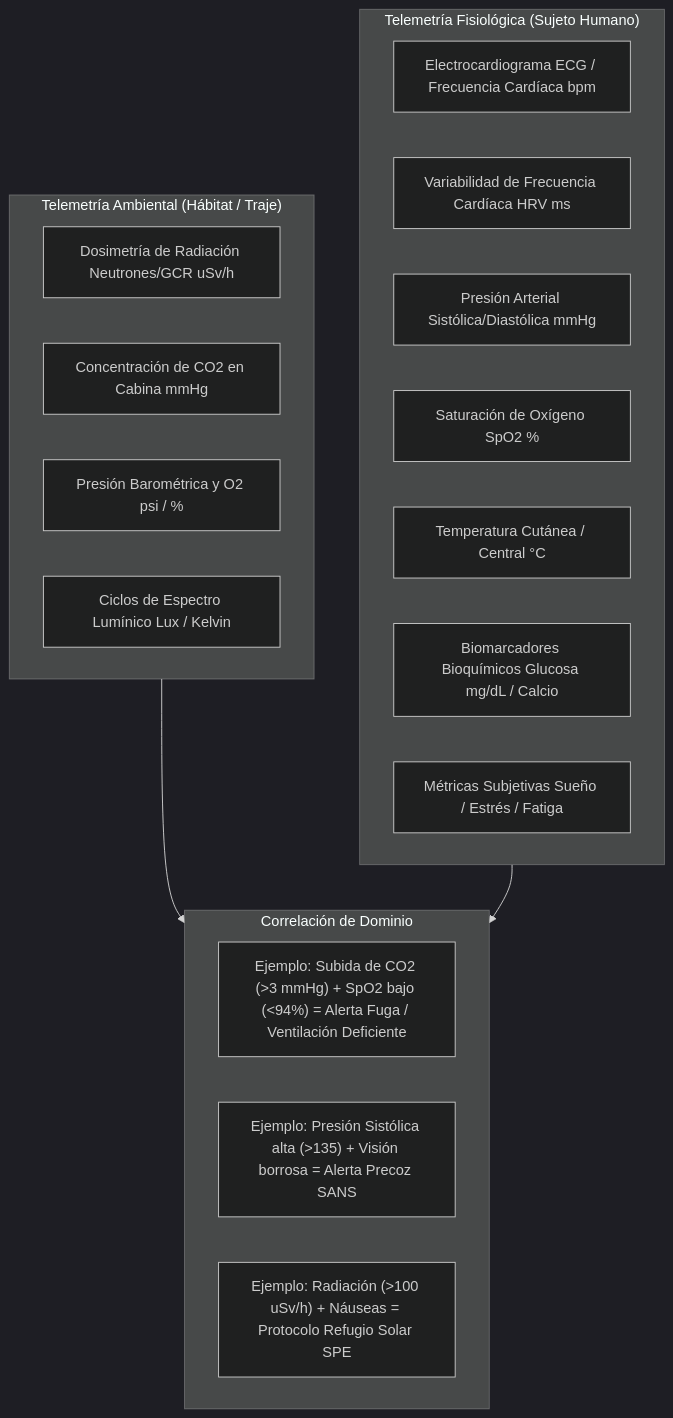
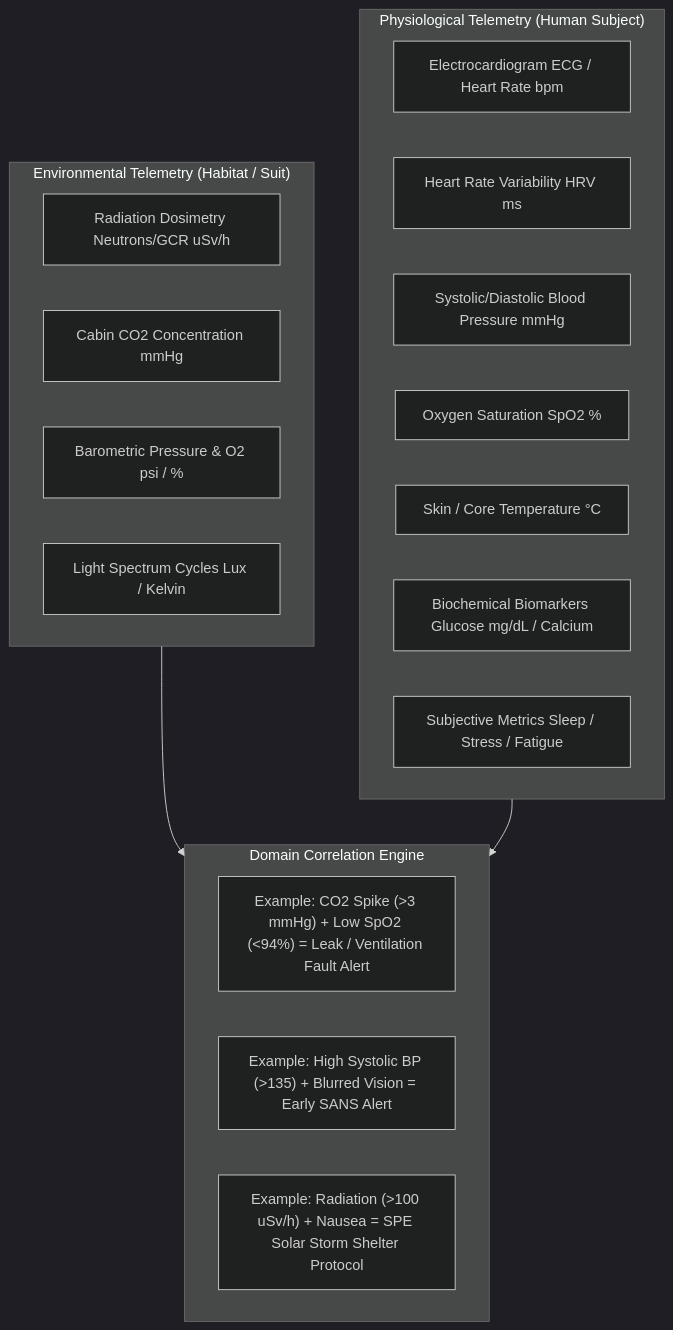
Before and after one commit to angelcontres/ASTHA-SpaceApps: the second of 2 diagrams in docs/DOCUMENTO_DOMINIO_Y_PROBLEMATICA_ESPACIAL.md, drawn with Mermaid (dark theme). The commit also changed other lines of this file and 46 other files, not shown here.

````diff
--- a/docs/DOCUMENTO_DOMINIO_Y_PROBLEMATICA_ESPACIAL.md
+++ b/docs/DOCUMENTO_DOMINIO_Y_PROBLEMATICA_ESPACIAL.md
@@ -93,28 +93,28 @@
 ```mermaid
 flowchart TD
-    subgraph EnvTelemetry["Telemetría Ambiental (Hábitat / Traje)"]
-        E1[Dosimetría de Radiación Neutrones/GCR uSv/h]
-        E2[Concentración de CO2 en Cabina mmHg]
-        E3[Presión Barométrica y O2 psi / %]
-        E4[Ciclos de Espectro Lumínico Lux / Kelvin]
+    subgraph EnvTelemetry["Environmental Telemetry (Habitat / Suit)"]
+        E1["Radiation Dosimetry Neutrons/GCR uSv/h"]
+        E2["Cabin CO2 Concentration mmHg"]
+        E3["Barometric Pressure & O2 psi / %"]
+        E4["Light Spectrum Cycles Lux / Kelvin"]
     end
 
-    subgraph BioTelemetry["Telemetría Fisiológica (Sujeto Humano)"]
-        B1[Electrocardiograma ECG / Frecuencia Cardíaca bpm]
-        B2[Variabilidad de Frecuencia Cardíaca HRV ms]
-        B3[Presión Arterial Sistólica/Diastólica mmHg]
-        B4[Saturación de Oxígeno SpO2 %]
-        B5[Temperatura Cutánea / Central °C]
-        B6[Biomarcadores Bioquímicos Glucosa mg/dL / Calcio]
-        B7[Métricas Subjetivas Sueño / Estrés / Fatiga]
+    subgraph BioTelemetry["Physiological Telemetry (Human Subject)"]
+        B1["Electrocardiogram ECG / Heart Rate bpm"]
+        B2["Heart Rate Variability HRV ms"]
+        B3["Systolic/Diastolic Blood Pressure mmHg"]
+        B4["Oxygen Saturation SpO2 %"]
+        B5["Skin / Core Temperature °C"]
+        B6["Biochemical Biomarkers Glucose mg/dL / Calcium"]
+        B7["Subjective Metrics Sleep / Stress / Fatigue"]
     end
 
-    subgraph CorrelationEngine["Correlación de Dominio"]
-        CR1["Ejemplo: Subida de CO2 (>3 mmHg) + SpO2 bajo (<94%) = Alerta Fuga / Ventilación Deficiente"]
-        CR2["Ejemplo: Presión Sistólica alta (>135) + Visión borrosa = Alerta Precoz SANS"]
-        CR3["Ejemplo: Radiación (>100 uSv/h) + Náuseas = Protocolo Refugio Solar SPE"]
+    subgraph CorrelationEngine["Domain Correlation Engine"]
+        CR1["Example: CO2 Spike (>3 mmHg) + Low SpO2 (<94%) = Leak / Ventilation Fault Alert"]
+        CR2["Example: High Systolic BP (>135) + Blurred Vision = Early SANS Alert"]
+        CR3["Example: Radiation (>100 uSv/h) + Nausea = SPE Solar Storm Shelter Protocol"]
     end
 
     EnvTelemetry --> CorrelationEngine
     BioTelemetry --> CorrelationEngine
 ```
````
